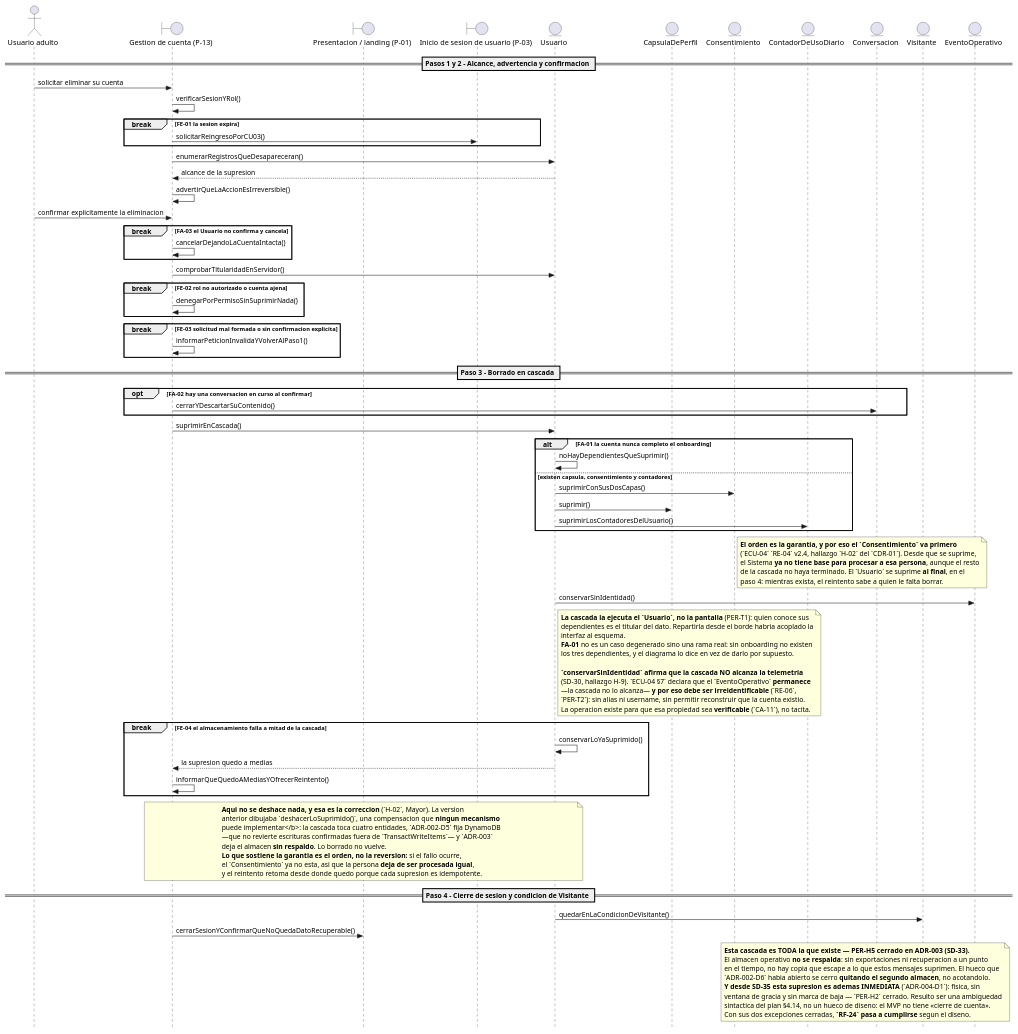
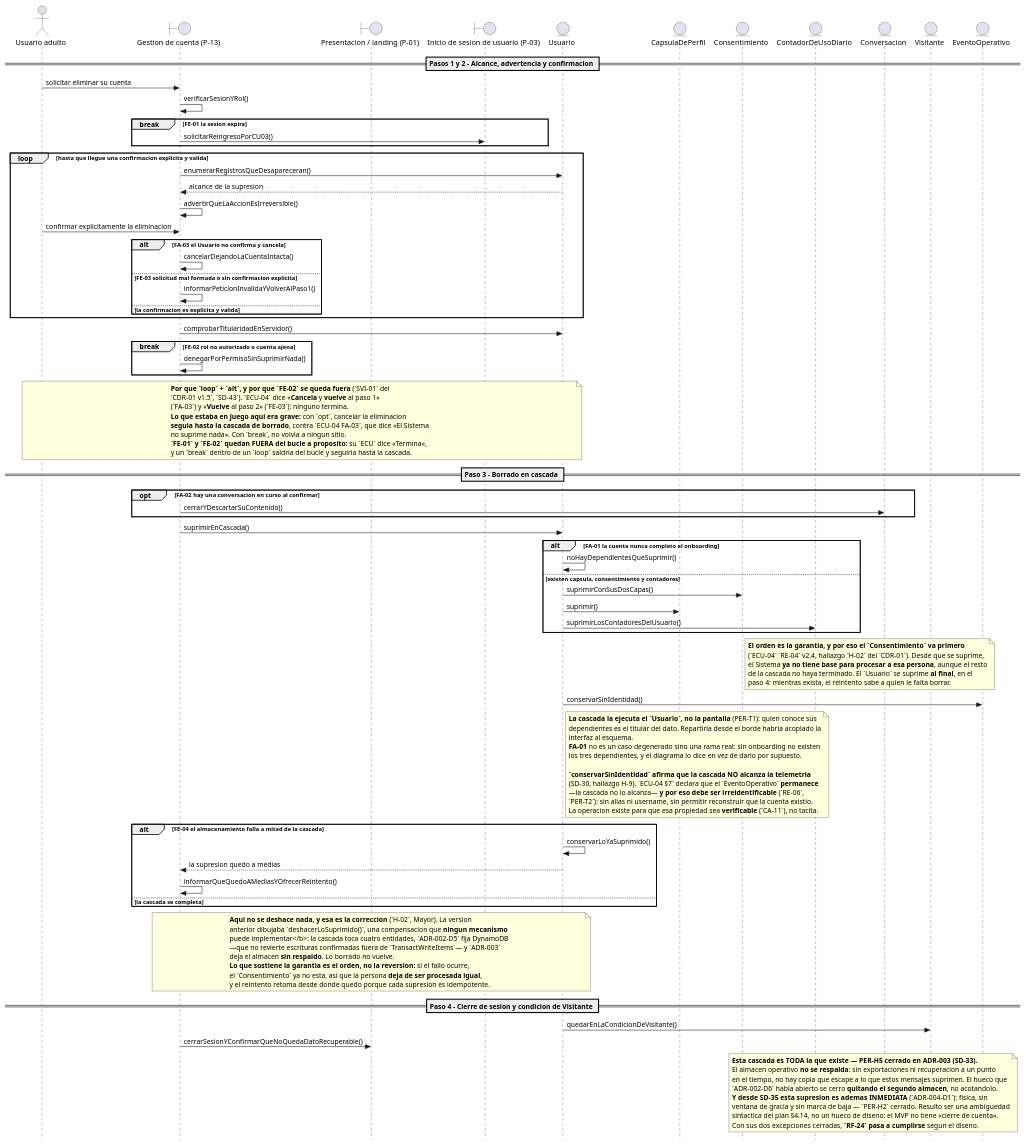
The diagram in docs/07_casos_uso/secuencia/puml/DS-04_secuencia_eliminar_cuenta.puml (jonatan8254/alan-aura-academico), drawn with PlantUML before and after one commit. The commit also changed 17 other files, not shown here.

```diff
--- a/docs/07_casos_uso/secuencia/puml/DS-04_secuencia_eliminar_cuenta.puml
+++ b/docs/07_casos_uso/secuencia/puml/DS-04_secuencia_eliminar_cuenta.puml
@@ -1,135 +1,155 @@
 @startuml
 ' DS-04 - Secuencia de CU-04 «Eliminar cuenta»
+' v1.3 (SVI-01 del CDR-01 v1.5, SD-43): FA-03 y FE-03 a `alt` dentro de un `loop`, y FE-04 a `alt` (ECU-04: los tres «Vuelve»).
+'       Tercer intento sobre la misma rama, y el primero que lee el DESENLACE de la
+'       ECU en vez de la categoria del flujo. `break` abandonaba; `opt` caia al exito;
+'       `break` otra vez (SD-41) se restauro alegando que la ECU decia «Termina», lo
+'       cual es FALSO. Ahora `loop` + `alt`: el alt excluye, el loop realiza el retorno.
+'       Los break legitimos quedan FUERA del loop a proposito: dentro saldrian del
+'       bucle y seguirian ejecutando, en vez de terminar.
 ' v1.2 (VI-01 del CDR-01 v1.4, SD-41): FA-03, FE-03 y FE-04 vuelven de opt a BREAK.
 '       Criterio: estan a profundidad 0 —el fragmento envolvente es la interaccion
 '       entera— y su fila de ECU declara que el remanente NO se ejecuta. En UML 2.5
 '       `break` ejecuta su operando EN LUGAR DEL RESTO: es esa semantica exacta.
 '       `opt` solo saltaba su cuerpo y el flujo caia al exito.
 '       Consecuencia declarada: para estos casos el `break` ORIGINAL era correcto y
 '       esa parte de H-01 fue un falso positivo. Ver DS-00 §12.
 ' v1.1 (CDR-01): H-01 — FA-03, FE-03 y FE-04 pasan de break a opt.
 '       H-02 (Mayor) — la cascada se REORDENA (Consentimiento primero, Usuario al final) y
 '       FE-04 deja de deshacer: conserva lo suprimido y ofrece reintento. Ver ECU-04 v2.4.
 ' v1.0 (fase de diseno detallado, ICONIX paso 6)
 ' Insumos: DR-04 v2.0 (11 controladores), ECU-04 v2.0, MD-01 v1.4, DCU-01 v2.1,
 '          DIS-00 (P-13; destinos P-01, P-03), PER-01 v1.2 (PER-T1), PRIV-01.
 ' Capa de infraestructura: NO EJECUTADA por decision declarada (E-1 de DS-00).
 
 skinparam style strictuml
 skinparam shadowing false
 skinparam responseMessageBelowArrow true
 
 actor "Usuario adulto" as ACT_Usuario
 boundary "Gestion de cuenta (P-13)" as B_PaginaGestionCuenta
 boundary "Presentacion / landing (P-01)" as B_PaginaPresentacion
 boundary "Inicio de sesion de usuario (P-03)" as B_PaginaInicioSesion
 entity "Usuario" as E_Usuario
 entity "CapsulaDePerfil" as E_CapsulaDePerfil
 entity "Consentimiento" as E_Consentimiento
 entity "ContadorDeUsoDiario" as E_ContadorDeUsoDiario
 entity "Conversacion" as E_Conversacion
 entity "Visitante" as E_Visitante
 entity "EventoOperativo" as E_EventoOperativo
 
 == Pasos 1 y 2 - Alcance, advertencia y confirmacion ==
 
 ACT_Usuario -> B_PaginaGestionCuenta : solicitar eliminar su cuenta
 B_PaginaGestionCuenta -> B_PaginaGestionCuenta : verificarSesionYRol()
 
 break FE-01 la sesion expira
   B_PaginaGestionCuenta -> B_PaginaInicioSesion : solicitarReingresoPorCU03()
 end
 
-B_PaginaGestionCuenta -> E_Usuario : enumerarRegistrosQueDesapareceran()
-E_Usuario --> B_PaginaGestionCuenta : alcance de la supresion
-B_PaginaGestionCuenta -> B_PaginaGestionCuenta : advertirQueLaAccionEsIrreversible()
-ACT_Usuario -> B_PaginaGestionCuenta : confirmar explicitamente la eliminacion
+loop hasta que llegue una confirmacion explicita y valida
+  B_PaginaGestionCuenta -> E_Usuario : enumerarRegistrosQueDesapareceran()
+  E_Usuario --> B_PaginaGestionCuenta : alcance de la supresion
+  B_PaginaGestionCuenta -> B_PaginaGestionCuenta : advertirQueLaAccionEsIrreversible()
+  ACT_Usuario -> B_PaginaGestionCuenta : confirmar explicitamente la eliminacion
 
-break FA-03 el Usuario no confirma y cancela
-  B_PaginaGestionCuenta -> B_PaginaGestionCuenta : cancelarDejandoLaCuentaIntacta()
+  alt FA-03 el Usuario no confirma y cancela
+    B_PaginaGestionCuenta -> B_PaginaGestionCuenta : cancelarDejandoLaCuentaIntacta()
+  else FE-03 solicitud mal formada o sin confirmacion explicita
+    B_PaginaGestionCuenta -> B_PaginaGestionCuenta : informarPeticionInvalidaYVolverAlPaso1()
+  else la confirmacion es explicita y valida
+  end
 end
 
 B_PaginaGestionCuenta -> E_Usuario : comprobarTitularidadEnServidor()
 
 break FE-02 rol no autorizado o cuenta ajena
   B_PaginaGestionCuenta -> B_PaginaGestionCuenta : denegarPorPermisoSinSuprimirNada()
 end
 
-break FE-03 solicitud mal formada o sin confirmacion explicita
-  B_PaginaGestionCuenta -> B_PaginaGestionCuenta : informarPeticionInvalidaYVolverAlPaso1()
-end
+note over ACT_Usuario, E_Usuario
+  <b>Por que `loop` + `alt`, y por que `FE-02` se queda fuera</b> (`SVI-01` del
+  `CDR-01 v1.5`, `SD-43`). `ECU-04` dice «<b>Cancela</b> y <b>vuelve</b> al paso 1»
+  (`FA-03`) y «<b>Vuelve</b> al paso 2» (`FE-03`): ninguno termina.
+  <b>Lo que estaba en juego aqui era grave:</b> con `opt`, cancelar la eliminacion
+  <b>seguia hasta la cascada de borrado</b>, contra `ECU-04 FA-03`, que dice «El Sistema
+  no suprime nada». Con `break`, no volvia a ningun sitio.
+  <b>`FE-01` y `FE-02` quedan FUERA del bucle a proposito:</b> su `ECU` dice «Termina»,
+  y un `break` dentro de un `loop` saldria del bucle y seguiria hasta la cascada.
+end note
 
 == Paso 3 - Borrado en cascada ==
 
 opt FA-02 hay una conversacion en curso al confirmar
   B_PaginaGestionCuenta -> E_Conversacion : cerrarYDescartarSuContenido()
 end
 
 B_PaginaGestionCuenta -> E_Usuario : suprimirEnCascada()
 
 alt FA-01 la cuenta nunca completo el onboarding
   E_Usuario -> E_Usuario : noHayDependientesQueSuprimir()
 else existen capsula, consentimiento y contadores
   E_Usuario -> E_Consentimiento : suprimirConSusDosCapas()
   E_Usuario -> E_CapsulaDePerfil : suprimir()
   E_Usuario -> E_ContadorDeUsoDiario : suprimirLosContadoresDelUsuario()
 end
 
 note right of E_Consentimiento
   <b>El orden es la garantia, y por eso el `Consentimiento` va primero</b>
   (`ECU-04` `RE-04` v2.4, hallazgo `H-02` del `CDR-01`). Desde que se suprime,
   el Sistema <b>ya no tiene base para procesar a esa persona</b>, aunque el resto
   de la cascada no haya terminado. El `Usuario` se suprime <b>al final</b>, en el
   paso 4: mientras exista, el reintento sabe a quien le falta borrar.
 end note
 
 E_Usuario -> E_EventoOperativo : conservarSinIdentidad()
 
 note right of E_Usuario
   <b>La cascada la ejecuta el `Usuario`, no la pantalla</b> (PER-T1): quien conoce sus
   dependientes es el titular del dato. Repartirla desde el borde habria acoplado la
   interfaz al esquema.
   <b>FA-01</b> no es un caso degenerado sino una rama real: sin onboarding no existen
   los tres dependientes, y el diagrama lo dice en vez de darlo por supuesto.
 
   <b>`conservarSinIdentidad` afirma que la cascada NO alcanza la telemetria</b>
   (SD-30, hallazgo H-9). `ECU-04 §7` declara que el `EventoOperativo` <b>permanece</b>
   —la cascada no lo alcanza— <b>y por eso debe ser irreidentificable</b> (`RE-06`,
   `PER-T2`): sin alias ni username, sin permitir reconstruir que la cuenta existio.
   La operacion existe para que esa propiedad sea <b>verificable</b> (`CA-11`), no tacita.
 end note
 
-break FE-04 el almacenamiento falla a mitad de la cascada
+alt FE-04 el almacenamiento falla a mitad de la cascada
   E_Usuario -> E_Usuario : conservarLoYaSuprimido()
   E_Usuario --> B_PaginaGestionCuenta : la supresion quedo a medias
   B_PaginaGestionCuenta -> B_PaginaGestionCuenta : informarQueQuedoAMediasYOfrecerReintento()
+else la cascada se completa
 end
 
 note over E_Usuario, B_PaginaGestionCuenta
   <b>Aqui no se deshace nada, y esa es la correccion</b> (`H-02`, Mayor). La version
   anterior dibujaba `deshacerLoSuprimido()`, una compensacion que <b>ningun mecanismo
   puede implementar</b>: la cascada toca cuatro entidades, `ADR-002-D5` fija DynamoDB
   —que no revierte escrituras confirmadas fuera de `TransactWriteItems`— y `ADR-003`
   deja el almacen <b>sin respaldo</b>. Lo borrado no vuelve.
   <b>Lo que sostiene la garantia es el orden, no la reversion:</b> si el fallo ocurre,
   el `Consentimiento` ya no esta, asi que la persona <b>deja de ser procesada igual</b>,
   y el reintento retoma desde donde quedo porque cada supresion es idempotente.
 end note
 
 == Paso 4 - Cierre de sesion y condicion de Visitante ==
 
 E_Usuario -> E_Visitante : quedarEnLaCondicionDeVisitante()
 B_PaginaGestionCuenta -> B_PaginaPresentacion : cerrarSesionYConfirmarQueNoQuedaDatoRecuperable()
 
 note over E_ContadorDeUsoDiario, E_Visitante
   <b>Esta cascada es TODA la que existe — PER-H5 cerrado en ADR-003 (SD-33).</b>
   El almacen operativo <b>no se respalda</b>: sin exportaciones ni recuperacion a un punto
   en el tiempo, no hay copia que escape a lo que estos mensajes suprimen. El hueco que
   `ADR-002-D6` habia abierto se cerro <b>quitando el segundo almacen</b>, no acotandolo.
   <b>Y desde SD-35 esta supresion es ademas INMEDIATA</b> (`ADR-004-D1`): fisica, sin
   ventana de gracia y sin marca de baja — `PER-H2` cerrado. Resulto ser una ambiguedad
   sintactica del plan §4.14, no un hueco de diseno: el MVP no tiene «cierre de cuenta».
   Con sus dos excepciones cerradas, <b>`RF-24` pasa a cumplirse</b> segun el diseno.
 end note
 
 @enduml
```
